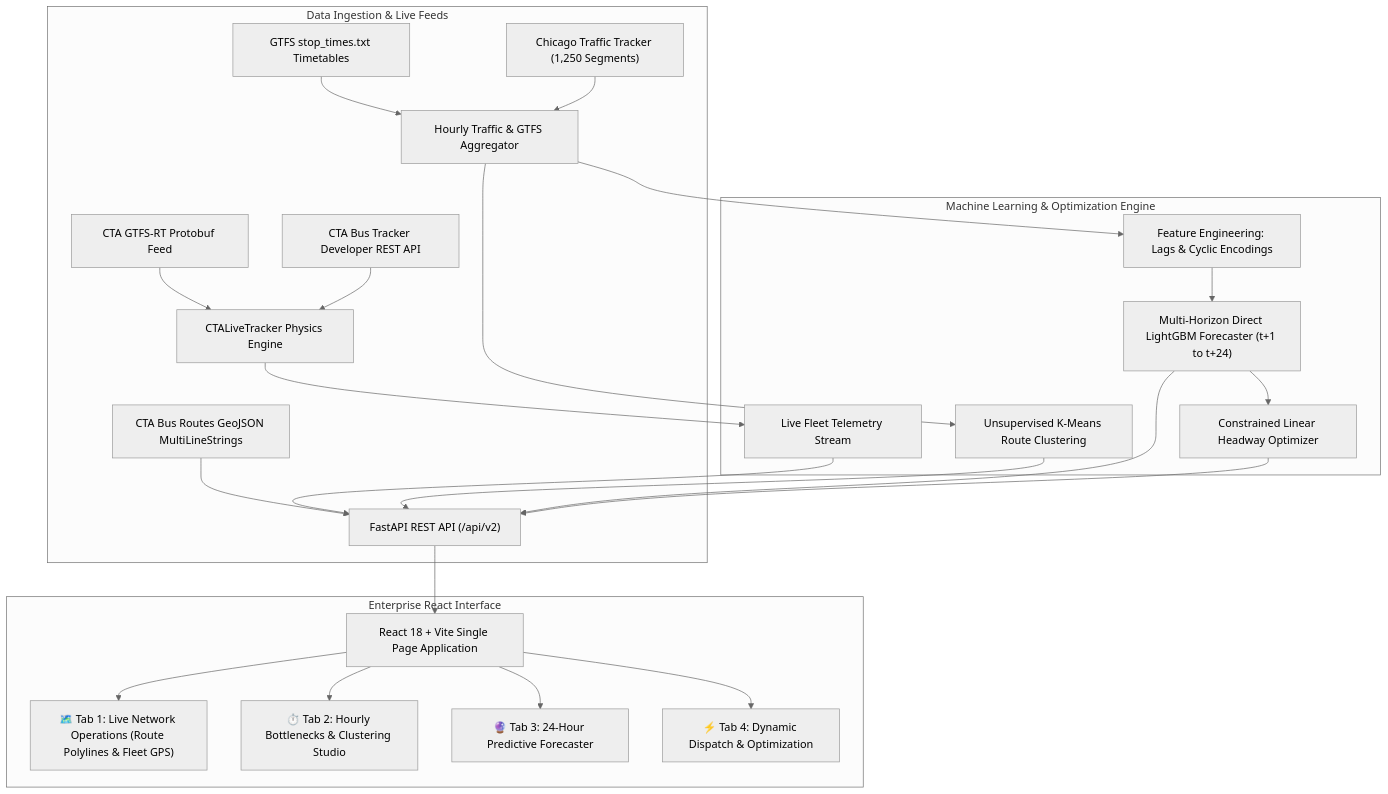
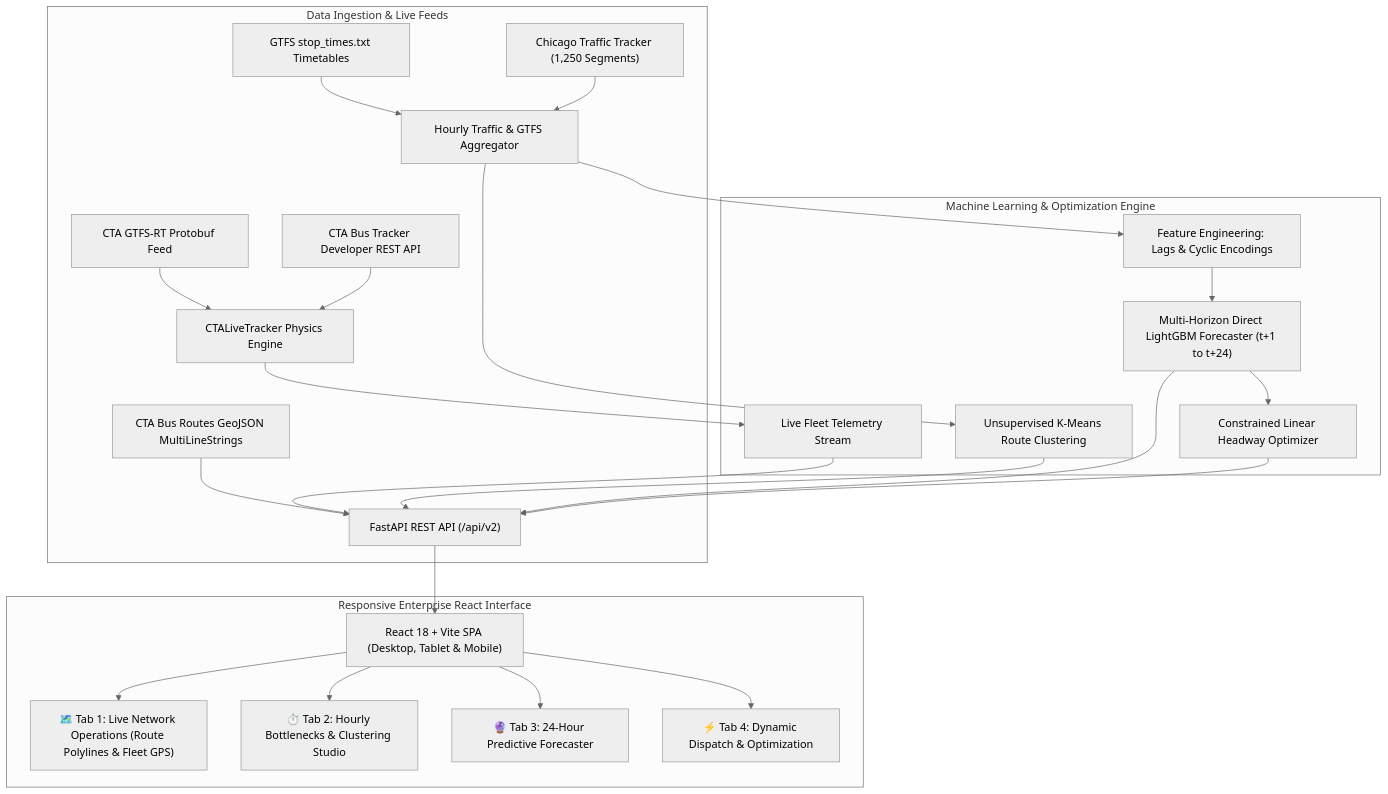
Before and after one commit to bidhu-patra-dev/Powered-Public-Transit-Route-Optimization: the diagram in README.md, drawn with Mermaid (neutral theme). The commit also changed other lines of this file, not shown here.

Commit message:
Update README with live Railway link, port configuration, mobile UX, and exact API params

````diff
--- a/README.md
+++ b/README.md
@@ -19,30 +23,30 @@
 ```mermaid
 flowchart TD
     subgraph Data Ingestion & Live Feeds
         A1["CTA GTFS-RT Protobuf Feed"] --> B1["CTALiveTracker Physics Engine"]
         A2["CTA Bus Tracker Developer REST API"] --> B1
         A3["GTFS stop_times.txt Timetables"] --> B2["Hourly Traffic & GTFS Aggregator"]
         A4["Chicago Traffic Tracker (1,250 Segments)"] --> B2
         A5["CTA Bus Routes GeoJSON MultiLineStrings"] --> E1["FastAPI REST API (/api/v2)"]
     end
 
     subgraph Machine Learning & Optimization Engine
         B1 --> C1["Live Fleet Telemetry Stream"]
         B2 --> C2["Unsupervised K-Means Route Clustering"]
         B2 --> C3["Feature Engineering: Lags & Cyclic Encodings"]
         C3 --> D1["Multi-Horizon Direct LightGBM Forecaster (t+1 to t+24)"]
         D1 --> D2["Constrained Linear Headway Optimizer"]
     end
 
-    subgraph Enterprise React Interface
+    subgraph Responsive Enterprise React Interface
         C1 --> E1
         C2 --> E1
         D1 --> E1
         D2 --> E1
-        E1 --> F1["React 18 + Vite Single Page Application"]
+        E1 --> F1["React 18 + Vite SPA (Desktop, Tablet & Mobile)"]
         F1 --> G1["🗺️ Tab 1: Live Network Operations (Route Polylines & Fleet GPS)"]
         F1 --> G2["⏱️ Tab 2: Hourly Bottlenecks & Clustering Studio"]
         F1 --> G3["🔮 Tab 3: 24-Hour Predictive Forecaster"]
         F1 --> G4["⚡ Tab 4: Dynamic Dispatch & Optimization"]
     end
 ```
````
